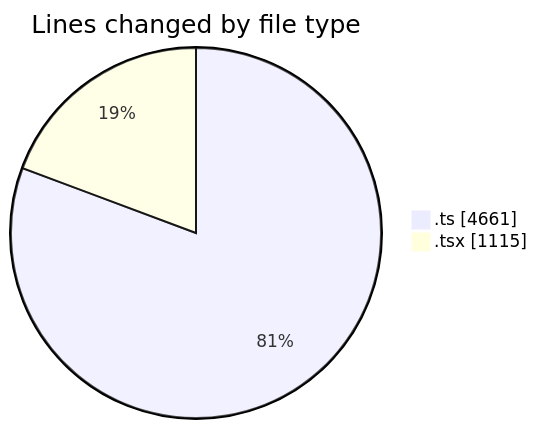
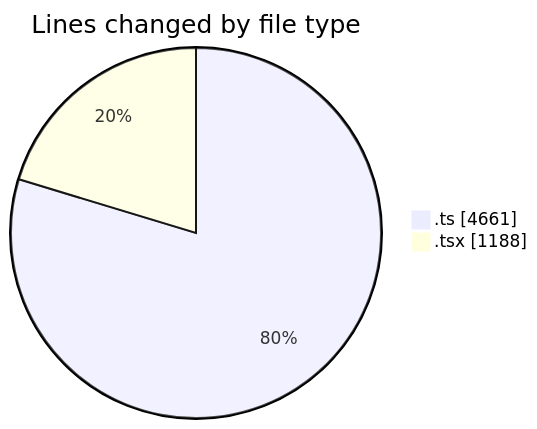
Before and after one commit to JenPaints/code-tracking: the first of 2 diagrams in 2025-07-25/cohera/README.md, drawn with Mermaid. The commit also changed other lines of this file and 1 other file, not shown here.

````diff
--- a/2025-07-25/cohera/README.md
+++ b/2025-07-25/cohera/README.md
@@ -30,6 +30,6 @@
 ```mermaid
 pie showData
 title Lines changed by file type
 ".ts" : 4661
-".tsx" : 1115
+".tsx" : 1188
 ```
````
